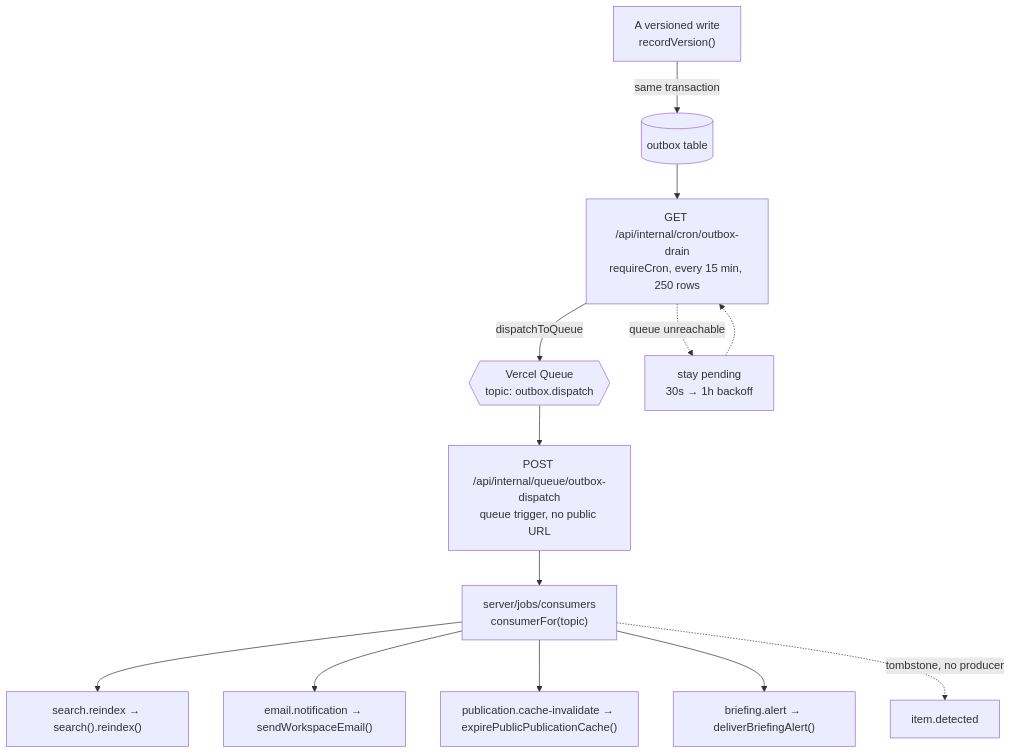
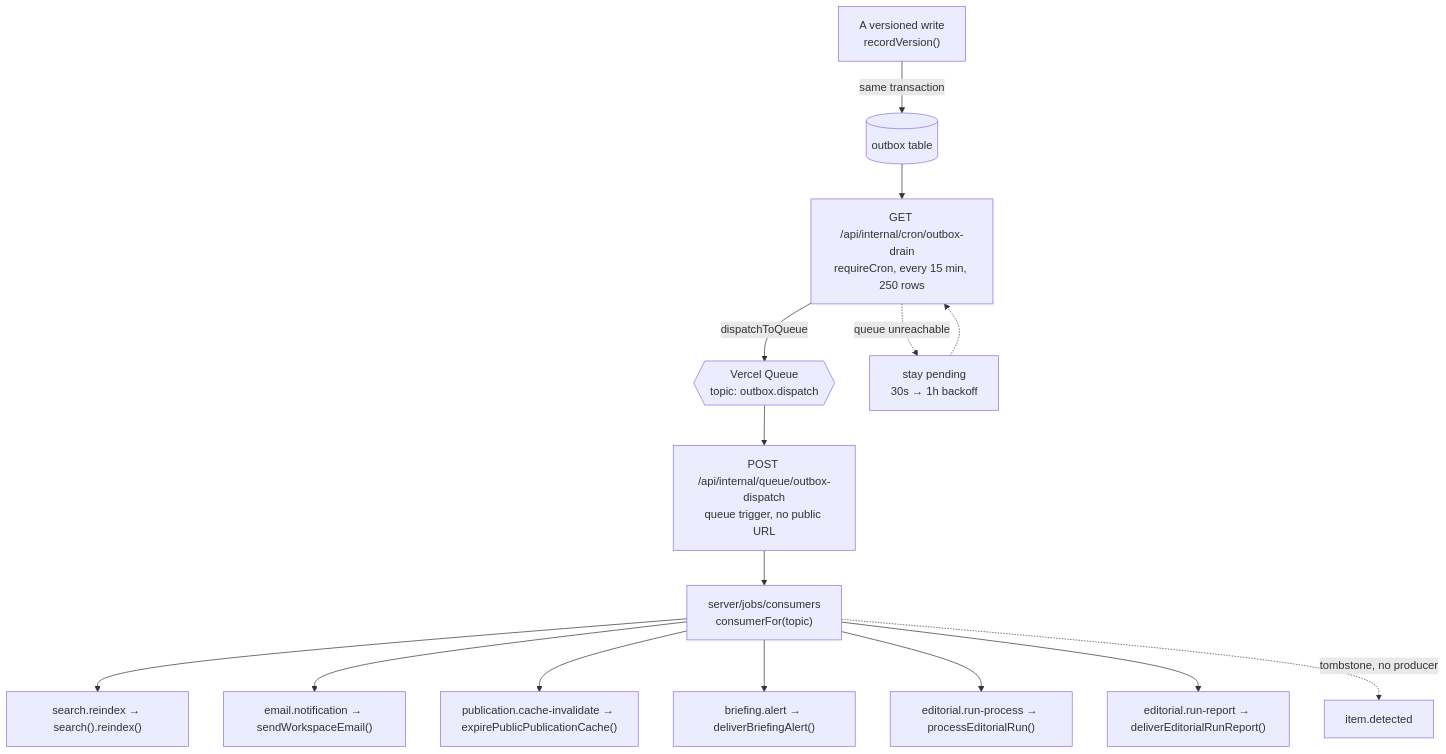
The third of 6 diagrams in docs/architecture.md (lions-admin/lions-of-zion), drawn with Mermaid before and after one commit. The commit also changed other lines of this file and 13 other files, not shown here.

````diff
--- a/docs/architecture.md
+++ b/docs/architecture.md
@@ -202,17 +203,19 @@
 ```mermaid
 flowchart TB
     W["A versioned write<br/>recordVersion()"] -->|"same transaction"| OB[("outbox table")]
 
     OB --> Drain["GET /api/internal/cron/outbox-drain<br/>requireCron, every 15 min, 250 rows"]
     Drain -->|"dispatchToQueue"| Q{{"Vercel Queue<br/>topic: outbox.dispatch"}}
     Q --> Disp["POST /api/internal/queue/outbox-dispatch<br/>queue trigger, no public URL"]
     Disp --> Cons["server/jobs/consumers<br/>consumerFor(topic)"]
     Cons --> Reindex["search.reindex → search().reindex()"]
     Cons --> Email["email.notification → sendWorkspaceEmail()"]
     Cons --> Invalidate["publication.cache-invalidate → expirePublicPublicationCache()"]
     Cons --> Alert["briefing.alert → deliverBriefingAlert()"]
+    Cons --> Run["editorial.run-process → processEditorialRun()"]
+    Cons --> Report["editorial.run-report → deliverEditorialRunReport()"]
     Cons -.->|"tombstone, no producer"| Detect["item.detected"]
 
     Drain -.->|"queue unreachable"| Backoff["stay pending<br/>30s → 1h backoff"]
     Backoff -.-> Drain
 ```
````
